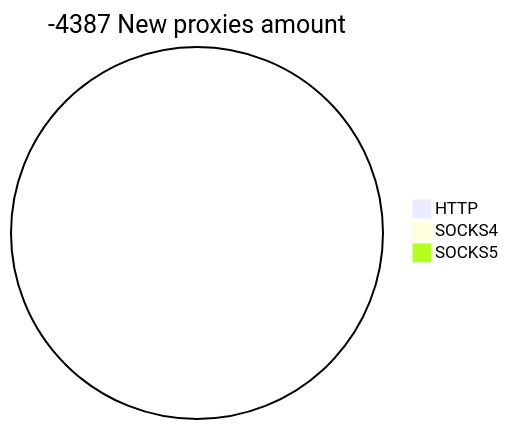
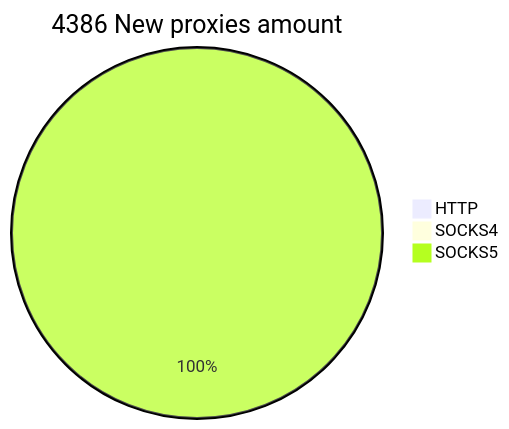
Before and after one commit to cutipu/proxylist: the second of 2 diagrams in README.md, drawn with Mermaid. The commit also changed other lines of this file, not shown here.

````diff
--- a/README.md
+++ b/README.md
@@ -10,6 +10,6 @@
 ```mermaid
-pie title -4387 New proxies amount
+pie title 4386 New proxies amount
     "HTTP" : 0
     "SOCKS4" : 0
-    "SOCKS5" : 0
+    "SOCKS5" : 4386
 ```
````
